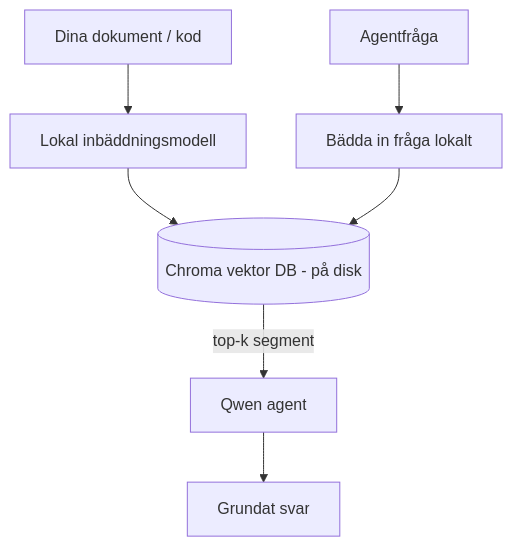
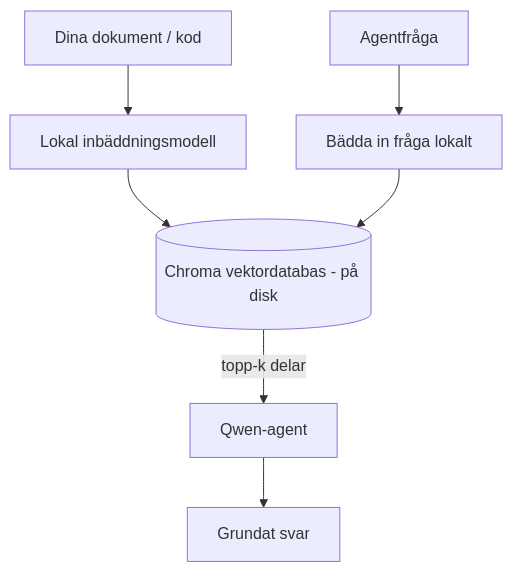
The third of 4 diagrams in mirrors/repos/microsoft@ai-agents-for-beginners/translations/sv/17-creating-local-ai-agents/README.md (gabrielmoreira/agent-skills-mirror), drawn with Mermaid before and after one commit. The commit also changed other lines of this file and 4262 other files, not shown here.

````diff
--- a/mirrors/repos/microsoft@ai-agents-for-beginners/translations/sv/17-creating-local-ai-agents/README.md
+++ b/mirrors/repos/microsoft@ai-agents-for-beginners/translations/sv/17-creating-local-ai-agents/README.md
@@ -125,9 +125,9 @@
 ```mermaid
 flowchart TB
     D[Dina dokument / kod] --> E[Lokal inbäddningsmodell]
-    E --> V[(Chroma vektor DB - på disk)]
+    E --> V[(Chroma vektordatabas - på disk)]
     Q[Agentfråga] --> QE[Bädda in fråga lokalt]
     QE --> V
-    V -->|top-k segment| A[Qwen agent]
+    V -->|topp-k delar| A[Qwen-agent]
     A --> Ans[Grundat svar]
 ```
````
